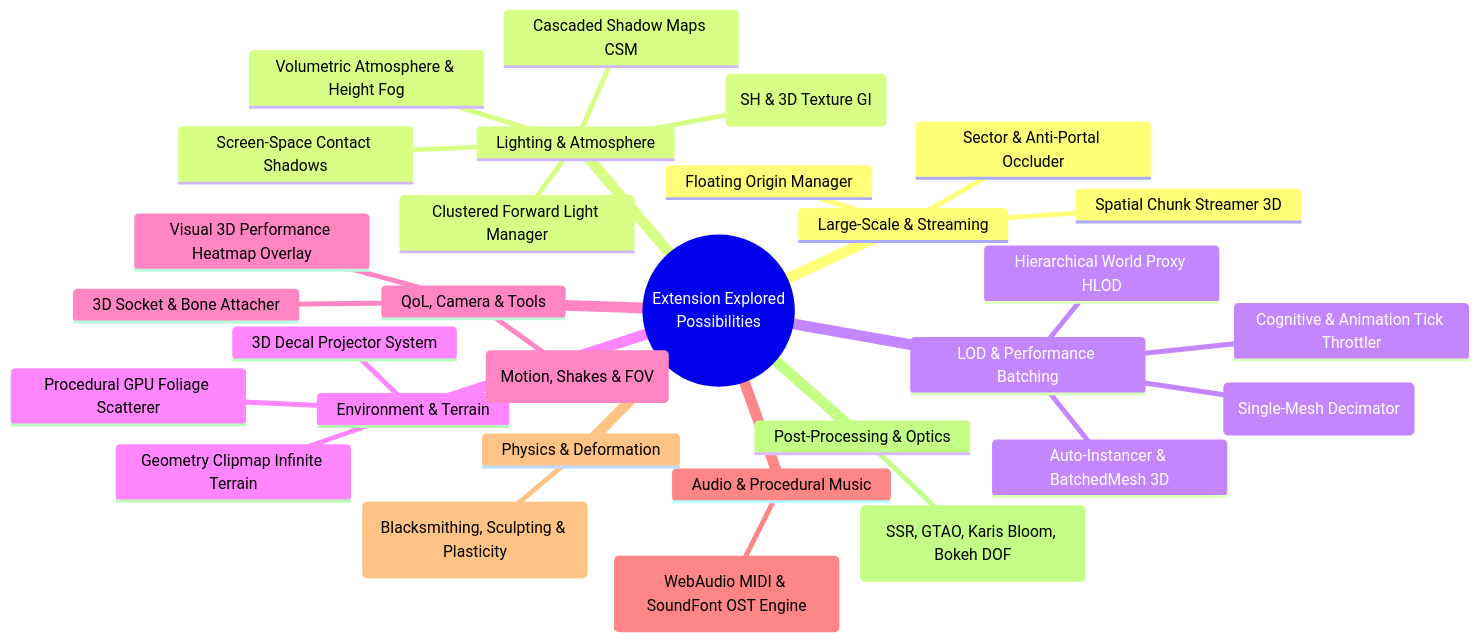
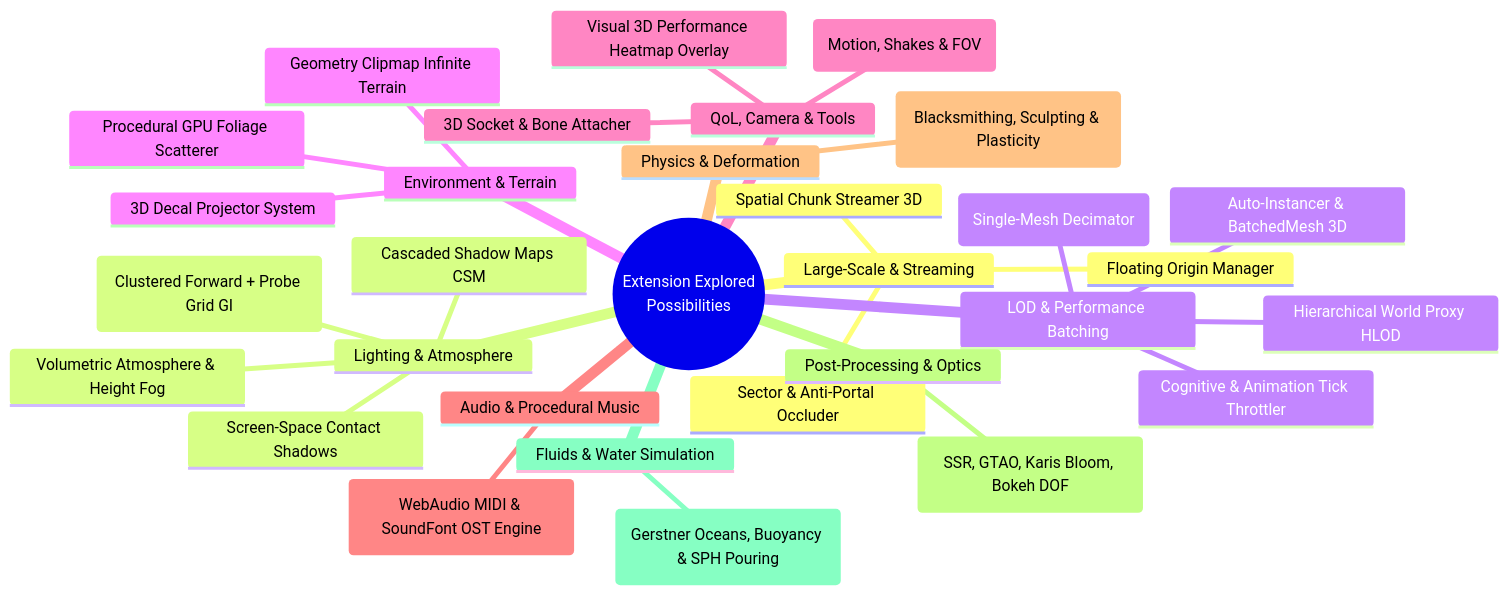
The diagram in Extension-explored-possibilities-list.md (Twillion/GDevelop_Extensions), drawn with Mermaid before and after one commit. The commit also changed other lines of this file and 126 other files, not shown here.

````diff
--- a/Extension-explored-possibilities-list.md
+++ b/Extension-explored-possibilities-list.md
@@ -7,33 +7,34 @@
 ```mermaid
 mindmap
   root((Extension Explored<br/>Possibilities))
     Large-Scale & Streaming
       Spatial Chunk Streamer 3D
       Floating Origin Manager
       Sector & Anti-Portal Occluder
     Lighting & Atmosphere
       Cascaded Shadow Maps CSM
-      LightProbeGrid3D (SH & 3D Texture GI)
-      Clustered Forward Light Manager
+      Advanced Lighting (Clustered Forward + Probe Grid GI)
       Volumetric Atmosphere & Height Fog
       Screen-Space Contact Shadows
     LOD & Performance Batching
       AutoMeshLOD3D (Single-Mesh Decimator)
       Auto-Instancer & BatchedMesh 3D
       Hierarchical World Proxy HLOD
       Cognitive & Animation Tick Throttler
     Environment & Terrain
       Geometry Clipmap Infinite Terrain
       Procedural GPU Foliage Scatterer
       3D Decal Projector System
     QoL, Camera & Tools
       CameraTweens3D (Motion, Shakes & FOV)
       3D Socket & Bone Attacher
       Visual 3D Performance Heatmap Overlay
     Audio & Procedural Music
       MidiSynthPlayer (WebAudio MIDI & SoundFont OST Engine)
     Physics & Deformation
       MeshDeformation3D (Blacksmithing, Sculpting & Plasticity)
     Post-Processing & Optics
       CinematicPostFX3D (SSR, GTAO, Karis Bloom, Bokeh DOF)
+    Fluids & Water Simulation
+      FluidAndWater3D (Gerstner Oceans, Buoyancy & SPH Pouring)
 ```
````
